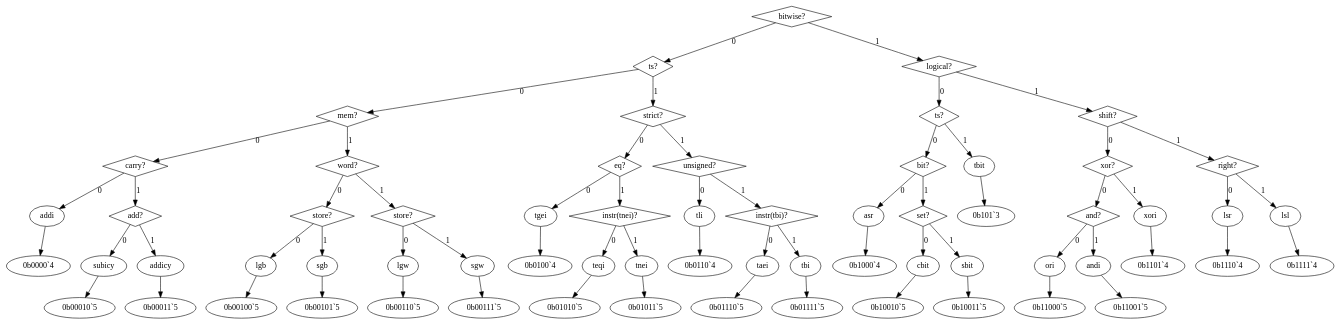
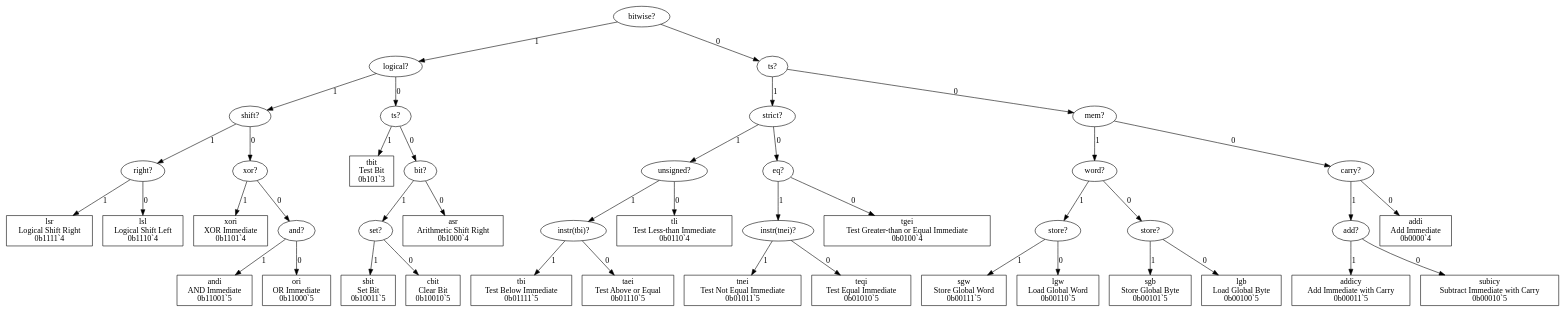
One commit to eignnx/SPRIND changed the diagram in src/graphs/ri(_).dot. Above: the diagram before and after it, drawn with Graphviz. The commit also changed 9 other files, not shown here.

```diff
--- a/src/graphs/ri(_).dot
+++ b/src/graphs/ri(_).dot
@@ -1,109 +1,131 @@
 digraph "Format ri(_)" {
-  "bitwise_11434906" [label = "bitwise?", shape = diamond];
-  "bitwise_11434906" -> "ts_12450932" [label = "0"];
-  "bitwise_11434906" -> "logical_15968009" [label = "1"];
-  "ts_12450932" [label = "ts?", shape = diamond];
+  "bitwise_4696981" [label = "bitwise?", shape = ellipse];
+  "bitwise_4696981" -> "logical_14885677" [label = "1"];
+  "bitwise_4696981" -> "ts_12450932" [label = "0"];
+  "logical_14885677" [label = "logical?", shape = ellipse];
+  "logical_14885677" -> "shift_8030087" [label = "1"];
+  "logical_14885677" -> "ts_9829234" [label = "0"];
+  "shift_8030087" [label = "shift?", shape = ellipse];
+  "shift_8030087" -> "right_9450710" [label = "1"];
+  "shift_8030087" -> "xor_893094" [label = "0"];
+  "right_9450710" [label = "right?", shape = ellipse];
+  "right_9450710" -> "lsr_5551459" [label = "1"];
+  "right_9450710" -> "lsl_933506" [label = "0"];
+  "lsr_5551459" [label = "lsr
+Logical Shift Right
+0b1111`4", shape = rectangle];
+  "lsl_933506" [label = "lsl
+Logical Shift Left
+0b1110`4", shape = rectangle];
+  "xor_893094" [label = "xor?", shape = ellipse];
+  "xor_893094" -> "xori_1004432" [label = "1"];
+  "xor_893094" -> "and_9270733" [label = "0"];
+  "xori_1004432" [label = "xori
+XOR Immediate
+0b1101`4", shape = rectangle];
+  "and_9270733" [label = "and?", shape = ellipse];
+  "and_9270733" -> "andi_12159617" [label = "1"];
+  "and_9270733" -> "ori_10741780" [label = "0"];
+  "andi_12159617" [label = "andi
+AND Immediate
+0b11001`5", shape = rectangle];
+  "ori_10741780" [label = "ori
+OR Immediate
+0b11000`5", shape = rectangle];
+  "ts_9829234" [label = "ts?", shape = ellipse];
+  "ts_9829234" -> "tbit_5372373" [label = "1"];
+  "ts_9829234" -> "bit_8224027" [label = "0"];
+  "tbit_5372373" [label = "tbit
+Test Bit
+0b101`3", shape = rectangle];
+  "bit_8224027" [label = "bit?", shape = ellipse];
+  "bit_8224027" -> "set_3704032" [label = "1"];
+  "bit_8224027" -> "asr_4658712" [label = "0"];
+  "set_3704032" [label = "set?", shape = ellipse];
+  "set_3704032" -> "sbit_16738776" [label = "1"];
+  "set_3704032" -> "cbit_262815" [label = "0"];
+  "sbit_16738776" [label = "sbit
+Set Bit
+0b10011`5", shape = rectangle];
+  "cbit_262815" [label = "cbit
+Clear Bit
+0b10010`5", shape = rectangle];
+  "asr_4658712" [label = "asr
+Arithmetic Shift Right
+0b1000`4", shape = rectangle];
+  "ts_12450932" [label = "ts?", shape = ellipse];
+  "ts_12450932" -> "strict_16455406" [label = "1"];
   "ts_12450932" -> "mem_14389800" [label = "0"];
-  "ts_12450932" -> "strict_16455406" [label = "1"];
-  "mem_14389800" [label = "mem?", shape = diamond];
+  "strict_16455406" [label = "strict?", shape = ellipse];
+  "strict_16455406" -> "unsigned_9730244" [label = "1"];
+  "strict_16455406" -> "eq_5066476" [label = "0"];
+  "unsigned_9730244" [label = "unsigned?", shape = ellipse];
+  "unsigned_9730244" -> "instr(tbi)_2834915" [label = "1"];
+  "unsigned_9730244" -> "tli_650505" [label = "0"];
+  "instr(tbi)_2834915" [label = "instr(tbi)?", shape = ellipse];
+  "instr(tbi)_2834915" -> "tbi_7859922" [label = "1"];
+  "instr(tbi)_2834915" -> "taei_9511866" [label = "0"];
+  "tbi_7859922" [label = "tbi
+Test Below Immediate
+0b01111`5", shape = rectangle];
+  "taei_9511866" [label = "taei
+Test Above or Equal
+0b01110`5", shape = rectangle];
+  "tli_650505" [label = "tli
+Test Less-than Immediate
+0b0110`4", shape = rectangle];
+  "eq_5066476" [label = "eq?", shape = ellipse];
+  "eq_5066476" -> "instr(tnei)_12460298" [label = "1"];
+  "eq_5066476" -> "tgei_4329480" [label = "0"];
+  "instr(tnei)_12460298" [label = "instr(tnei)?", shape = ellipse];
+  "instr(tnei)_12460298" -> "tnei_12469607" [label = "1"];
+  "instr(tnei)_12460298" -> "teqi_10456661" [label = "0"];
+  "tnei_12469607" [label = "tnei
+Test Not Equal Immediate
+0b01011`5", shape = rectangle];
+  "teqi_10456661" [label = "teqi
+Test Equal Immediate
+0b01010`5", shape = rectangle];
+  "tgei_4329480" [label = "tgei
+Test Greater-than or Equal Immediate
+0b0100`4", shape = rectangle];
+  "mem_14389800" [label = "mem?", shape = ellipse];
+  "mem_14389800" -> "word_12344914" [label = "1"];
   "mem_14389800" -> "carry_3117734" [label = "0"];
-  "mem_14389800" -> "word_12344914" [label = "1"];
-  "carry_3117734" [label = "carry?", shape = diamond];
+  "word_12344914" [label = "word?", shape = ellipse];
+  "word_12344914" -> "store_746487" [label = "1"];
+  "word_12344914" -> "store_301838" [label = "0"];
+  "store_746487" [label = "store?", shape = ellipse];
+  "store_746487" -> "sgw_3934115" [label = "1"];
+  "store_746487" -> "lgw_5872715" [label = "0"];
+  "sgw_3934115" [label = "sgw
+Store Global Word
+0b00111`5", shape = rectangle];
+  "lgw_5872715" [label = "lgw
+Load Global Word
+0b00110`5", shape = rectangle];
+  "store_301838" [label = "store?", shape = ellipse];
+  "store_301838" -> "sgb_13623431" [label = "1"];
+  "store_301838" -> "lgb_856797" [label = "0"];
+  "sgb_13623431" [label = "sgb
+Store Global Byte
+0b00101`5", shape = rectangle];
+  "lgb_856797" [label = "lgb
+Load Global Byte
+0b00100`5", shape = rectangle];
+  "carry_3117734" [label = "carry?", shape = ellipse];
+  "carry_3117734" -> "add_2468223" [label = "1"];
   "carry_3117734" -> "addi_9690679" [label = "0"];
-  "carry_3117734" -> "add_2468223" [label = "1"];
-  "addi_9690679" [label = "addi"];
-  "addi_9690679" -> "0b0000`4"
-  "add_2468223" [label = "add?", shape = diamond];
+  "add_2468223" [label = "add?", shape = ellipse];
+  "add_2468223" -> "addicy_12315327" [label = "1"];
   "add_2468223" -> "subicy_2944954" [label = "0"];
-  "add_2468223" -> "addicy_12315327" [label = "1"];
-  "subicy_2944954" [label = "subicy"];
-  "subicy_2944954" -> "0b00010`5"
-  "addicy_12315327" [label = "addicy"];
-  "addicy_12315327" -> "0b00011`5"
-  "word_12344914" [label = "word?", shape = diamond];
-  "word_12344914" -> "store_301838" [label = "0"];
-  "word_12344914" -> "store_746487" [label = "1"];
-  "store_301838" [label = "store?", shape = diamond];
-  "store_301838" -> "lgb_856797" [label = "0"];
-  "store_301838" -> "sgb_13623431" [label = "1"];
-  "lgb_856797" [label = "lgb"];
-  "lgb_856797" -> "0b00100`5"
-  "sgb_13623431" [label = "sgb"];
-  "sgb_13623431" -> "0b00101`5"
-  "store_746487" [label = "store?", shape = diamond];
-  "store_746487" -> "lgw_5872715" [label = "0"];
-  "store_746487" -> "sgw_3934115" [label = "1"];
-  "lgw_5872715" [label = "lgw"];
-  "lgw_5872715" -> "0b00110`5"
-  "sgw_3934115" [label = "sgw"];
-  "sgw_3934115" -> "0b00111`5"
-  "strict_16455406" [label = "strict?", shape = diamond];
-  "strict_16455406" -> "eq_5066476" [label = "0"];
-  "strict_16455406" -> "unsigned_9730244" [label = "1"];
-  "eq_5066476" [label = "eq?", shape = diamond];
-  "eq_5066476" -> "tgei_4329480" [label = "0"];
-  "eq_5066476" -> "instr(tnei)_12460298" [label = "1"];
-  "tgei_4329480" [label = "tgei"];
-  "tgei_4329480" -> "0b0100`4"
-  "instr(tnei)_12460298" [label = "instr(tnei)?", shape = diamond];
-  "instr(tnei)_12460298" -> "teqi_10456661" [label = "0"];
-  "instr(tnei)_12460298" -> "tnei_12469607" [label = "1"];
-  "teqi_10456661" [label = "teqi"];
-  "teqi_10456661" -> "0b01010`5"
-  "tnei_12469607" [label = "tnei"];
-  "tnei_12469607" -> "0b01011`5"
-  "unsigned_9730244" [label = "unsigned?", shape = diamond];
-  "unsigned_9730244" -> "tli_650505" [label = "0"];
-  "unsigned_9730244" -> "instr(tbi)_2834915" [label = "1"];
-  "tli_650505" [label = "tli"];
-  "tli_650505" -> "0b0110`4"
-  "instr(tbi)_2834915" [label = "instr(tbi)?", shape = diamond];
-  "instr(tbi)_2834915" -> "taei_9511866" [label = "0"];
-  "instr(tbi)_2834915" -> "tbi_7859922" [label = "1"];
-  "taei_9511866" [label = "taei"];
-  "taei_9511866" -> "0b01110`5"
-  "tbi_7859922" [label = "tbi"];
-  "tbi_7859922" -> "0b01111`5"
-  "logical_15968009" [label = "logical?", shape = diamond];
-  "logical_15968009" -> "ts_9829234" [label = "0"];
-  "logical_15968009" -> "shift_1999748" [label = "1"];
-  "ts_9829234" [label = "ts?", shape = diamond];
-  "ts_9829234" -> "bit_8224027" [label = "0"];
-  "ts_9829234" -> "tbit_5372373" [label = "1"];
-  "bit_8224027" [label = "bit?", shape = diamond];
-  "bit_8224027" -> "asr_4658712" [label = "0"];
-  "bit_8224027" -> "set_3704032" [label = "1"];
-  "asr_4658712" [label = "asr"];
-  "asr_4658712" -> "0b1000`4"
-  "set_3704032" [label = "set?", shape = diamond];
-  "set_3704032" -> "cbit_262815" [label = "0"];
-  "set_3704032" -> "sbit_16738776" [label = "1"];
-  "cbit_262815" [label = "cbit"];
-  "cbit_262815" -> "0b10010`5"
-  "sbit_16738776" [label = "sbit"];
-  "sbit_16738776" -> "0b10011`5"
-  "tbit_5372373" [label = "tbit"];
-  "tbit_5372373" -> "0b101`3"
-  "shift_1999748" [label = "shift?", shape = diamond];
-  "shift_1999748" -> "xor_893094" [label = "0"];
-  "shift_1999748" -> "right_127101" [label = "1"];
-  "xor_893094" [label = "xor?", shape = diamond];
-  "xor_893094" -> "and_9270733" [label = "0"];
-  "xor_893094" -> "xori_1004432" [label = "1"];
-  "and_9270733" [label = "and?", shape = diamond];
-  "and_9270733" -> "ori_10741780" [label = "0"];
-  "and_9270733" -> "andi_12159617" [label = "1"];
-  "ori_10741780" [label = "ori"];
-  "ori_10741780" -> "0b11000`5"
-  "andi_12159617" [label = "andi"];
-  "andi_12159617" -> "0b11001`5"
-  "xori_1004432" [label = "xori"];
-  "xori_1004432" -> "0b1101`4"
-  "right_127101" [label = "right?", shape = diamond];
-  "right_127101" -> "lsr_5551459" [label = "0"];
-  "right_127101" -> "lsl_933506" [label = "1"];
-  "lsr_5551459" [label = "lsr"];
-  "lsr_5551459" -> "0b1110`4"
-  "lsl_933506" [label = "lsl"];
-  "lsl_933506" -> "0b1111`4"
+  "addicy_12315327" [label = "addicy
+Add Immediate with Carry
+0b00011`5", shape = rectangle];
+  "subicy_2944954" [label = "subicy
+Subtract Immediate with Carry
+0b00010`5", shape = rectangle];
+  "addi_9690679" [label = "addi
+Add Immediate
+0b0000`4", shape = rectangle];
 }
```
